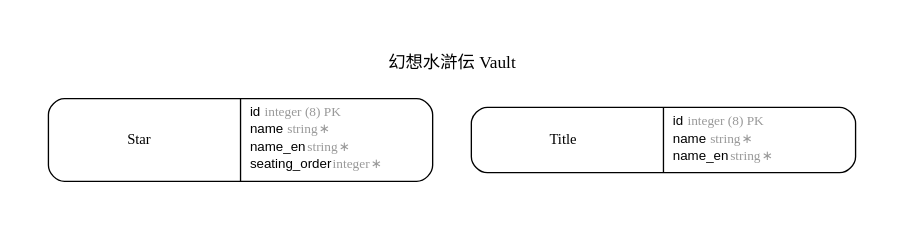
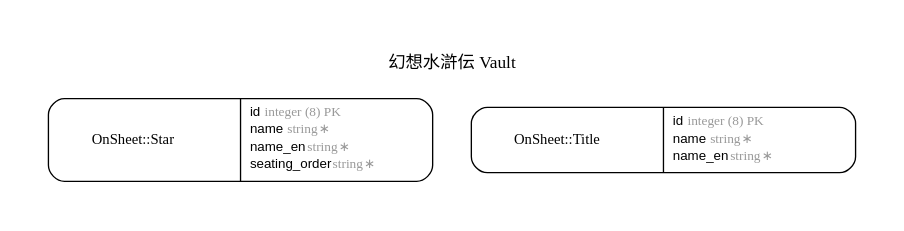
The diagram in db/erd.dot (true-runes/vault), drawn with Graphviz before and after one commit. The commit also changed 40 other files, not shown here.

```diff
--- a/db/erd.dot
+++ b/db/erd.dot
@@ -1,38 +1,38 @@
 digraph Vault {
 rankdir = "LR";
 ranksep = "0.5";
 nodesep = "0.4";
 pad = "0.4,0.4";
 margin = "0,0";
 concentrate = "true";
 labelloc = "t";
 fontsize = "13";
 fontname = "Arial Bold";
 splines = "spline";
 node[ shape  =  "Mrecord" , fontsize  =  "10" , fontname  =  "Arial" , margin  =  "0.07,0.05" , penwidth  =  "1.0"];
 edge[ fontname  =  "Arial" , fontsize  =  "7" , dir  =  "both" , arrowsize  =  "0.9" , penwidth  =  "1.0" , labelangle  =  "32" , labeldistance  =  "1.8"];
 rankdir = "TB";
 label = "幻想水滸伝 Vault\n\n";
 splines = "spline";
-m_Star [label = <<table border="0" align="center" cellspacing="0.5" cellpadding="0" width="134">
-  <tr><td align="center" valign="bottom" width="130"><font face="Arial Bold" point-size="11">Star</font></td></tr>
+"m_OnSheet::Star" [label = <<table border="0" align="center" cellspacing="0.5" cellpadding="0" width="134">
+  <tr><td align="center" valign="bottom" width="130"><font face="Arial Bold" point-size="11">OnSheet::Star</font></td></tr>
 </table>
 |
 <table border="0" align="left" cellspacing="2" cellpadding="0" width="134">
   <tr><td align="left" width="130" port="id">id <font face="Arial Italic" color="grey60">integer (8) PK</font></td></tr>
   <tr><td align="left" width="130" port="name">name <font face="Arial Italic" color="grey60">string ∗</font></td></tr>
   <tr><td align="left" width="130" port="name_en">name_en <font face="Arial Italic" color="grey60">string ∗</font></td></tr>
-  <tr><td align="left" width="130" port="seating_order">seating_order <font face="Arial Italic" color="grey60">integer ∗</font></td></tr>
+  <tr><td align="left" width="130" port="seating_order">seating_order <font face="Arial Italic" color="grey60">string ∗</font></td></tr>
 </table>
 >];
-m_Title [label = <<table border="0" align="center" cellspacing="0.5" cellpadding="0" width="134">
-  <tr><td align="center" valign="bottom" width="130"><font face="Arial Bold" point-size="11">Title</font></td></tr>
+"m_OnSheet::Title" [label = <<table border="0" align="center" cellspacing="0.5" cellpadding="0" width="134">
+  <tr><td align="center" valign="bottom" width="130"><font face="Arial Bold" point-size="11">OnSheet::Title</font></td></tr>
 </table>
 |
 <table border="0" align="left" cellspacing="2" cellpadding="0" width="134">
   <tr><td align="left" width="130" port="id">id <font face="Arial Italic" color="grey60">integer (8) PK</font></td></tr>
   <tr><td align="left" width="130" port="name">name <font face="Arial Italic" color="grey60">string ∗</font></td></tr>
   <tr><td align="left" width="130" port="name_en">name_en <font face="Arial Italic" color="grey60">string ∗</font></td></tr>
 </table>
 >];
 }
```
